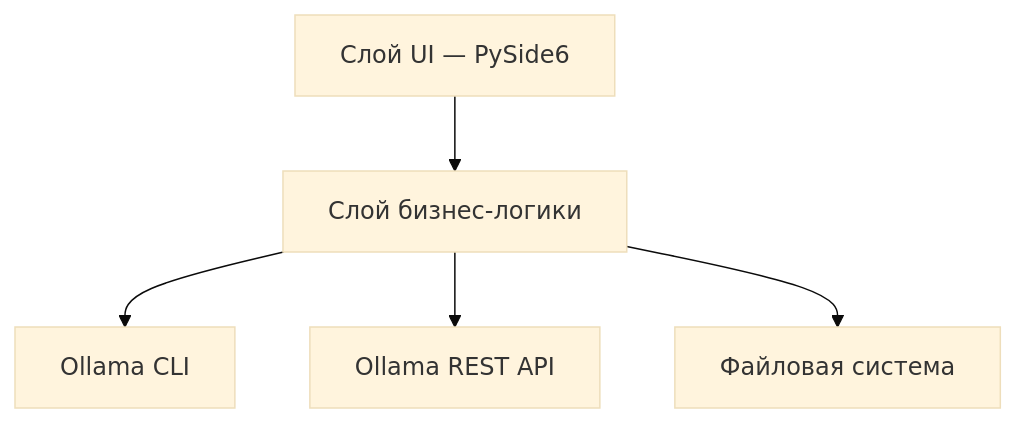
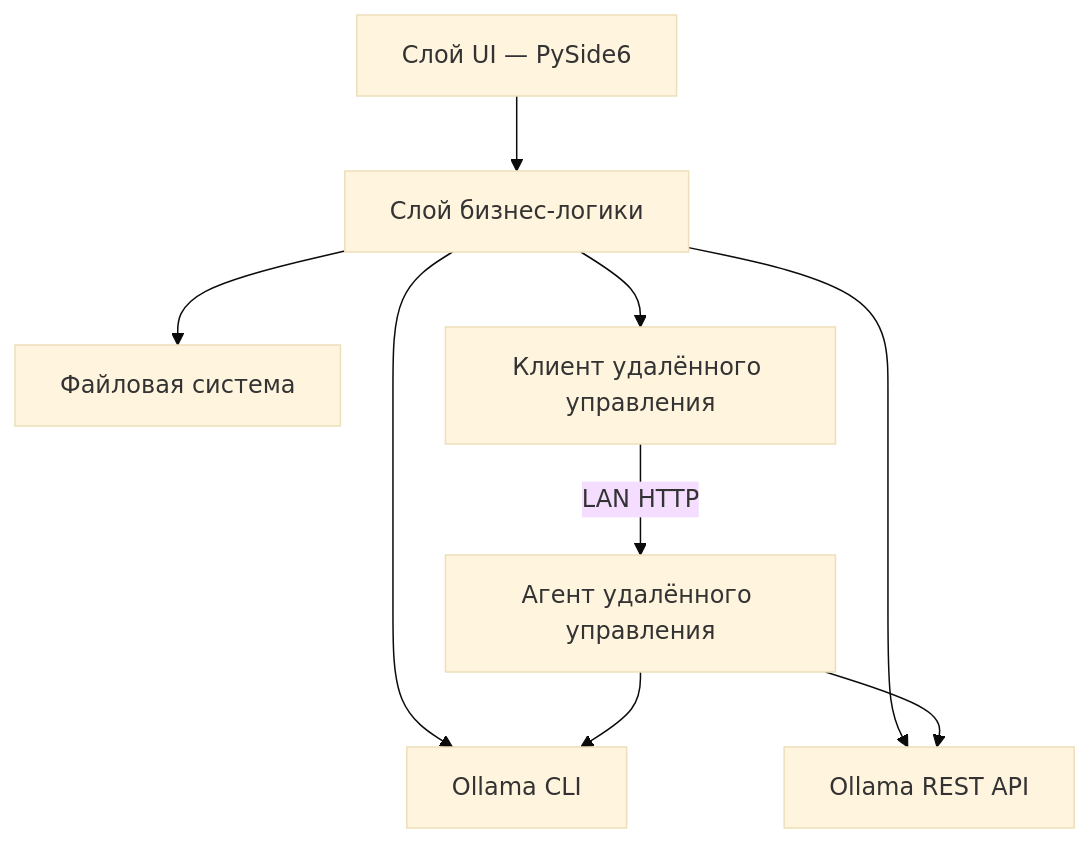
The first of 2 diagrams in TZ_servers_ollama.md (crisplogic-debug/Pdf_scan_and_ocr), drawn with Mermaid (base theme) before and after one commit. The commit also changed other lines of this file, not shown here.

First line of the commit message:
docs: add remote LAN management to Ollama Model Manager TZ

````diff
--- a/TZ_servers_ollama.md
+++ b/TZ_servers_ollama.md
@@ -114,13 +126,19 @@
 ```mermaid
 flowchart TB
     UI[Слой UI — PySide6]
     BL[Слой бизнес-логики]
     OLLAMA_CLI[Ollama CLI]
     OLLAMA_API[Ollama REST API]
     FS[Файловая система]
+    AGENT[Агент удалённого управления]
+    REMOTE_CLIENT[Клиент удалённого управления]
 
     UI --> BL
     BL --> OLLAMA_CLI
     BL --> OLLAMA_API
     BL --> FS
+    BL --> REMOTE_CLIENT
+    REMOTE_CLIENT -->|LAN HTTP| AGENT
+    AGENT --> OLLAMA_CLI
+    AGENT --> OLLAMA_API
 ```
````
